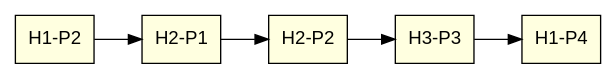
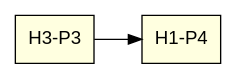
Before and after one commit to Javier-201906795/IPC2_Proyecto2_201906795: the diagram in 1_Grafica.dot, drawn with Graphviz. The commit also changed 2 other files, not shown here.

```diff
--- a/1_Grafica.dot
+++ b/1_Grafica.dot
@@ -1,21 +1,15 @@
 digraph ColaPacientes {
     graph [rankdir=LR];
     node [shape=box, style=filled, fillcolor=lightyellow, fontname="Helvetica"];
 
     
 
-    n1 [label="H1-P2"];
-    n2 [label="H2-P1"];
-    n3 [label="H2-P2"];
-    n4 [label="H3-P3"];
-    n5 [label="H1-P4"];
+        n1 [label="H3-P3"];
 
+    
+        n2 [label="H1-P4"];
 
-
-    n1 -> n2;
-    n2 -> n3;
-    n3 -> n4;
-    n4 -> n5;
-
-
+    
+            n1 -> n2;
+        
 }
```
